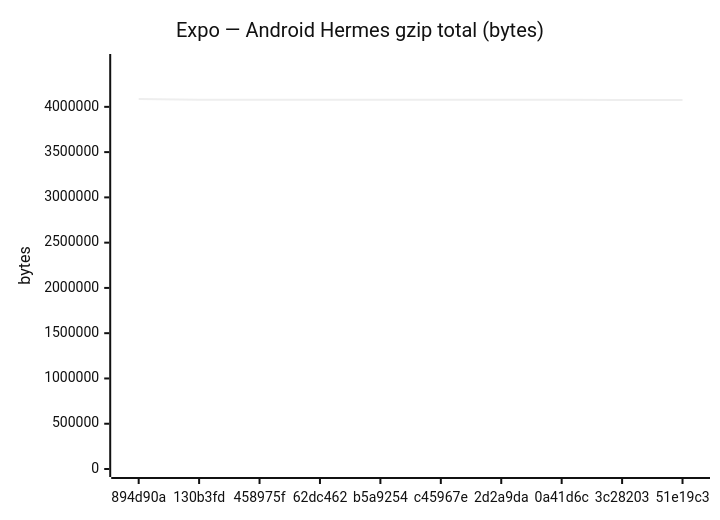
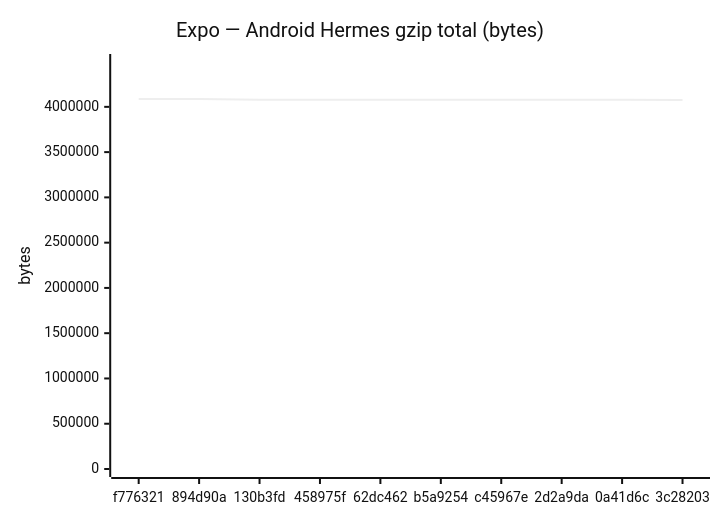
Before and after one commit to Metaheurist/Rianell: the fifth of 18 diagrams in benchmarks/compare.md, drawn with Mermaid (neutral theme). The commit also changed other lines of this file and 11 other files, not shown here.

````diff
--- a/benchmarks/compare.md
+++ b/benchmarks/compare.md
@@ -89,7 +89,7 @@
 ```mermaid
 xychart-beta
     title "Expo — Android Hermes gzip total (bytes)"
-    x-axis ["894d90a", "130b3fd", "458975f", "62dc462", "b5a9254", "c45967e", "2d2a9da", "0a41d6c", "3c28203", "51e19c3"]
+    x-axis ["f776321", "894d90a", "130b3fd", "458975f", "62dc462", "b5a9254", "c45967e", "2d2a9da", "0a41d6c", "3c28203"]
     y-axis "bytes" 0 --> 4495308
-    line [4086643, 4077332, 4077341, 4077340, 4078885, 4078896, 4078895, 4078897, 4076071, 4075584]
+    line [4085830, 4086643, 4077332, 4077341, 4077340, 4078885, 4078896, 4078895, 4078897, 4076071]
 ```
````
